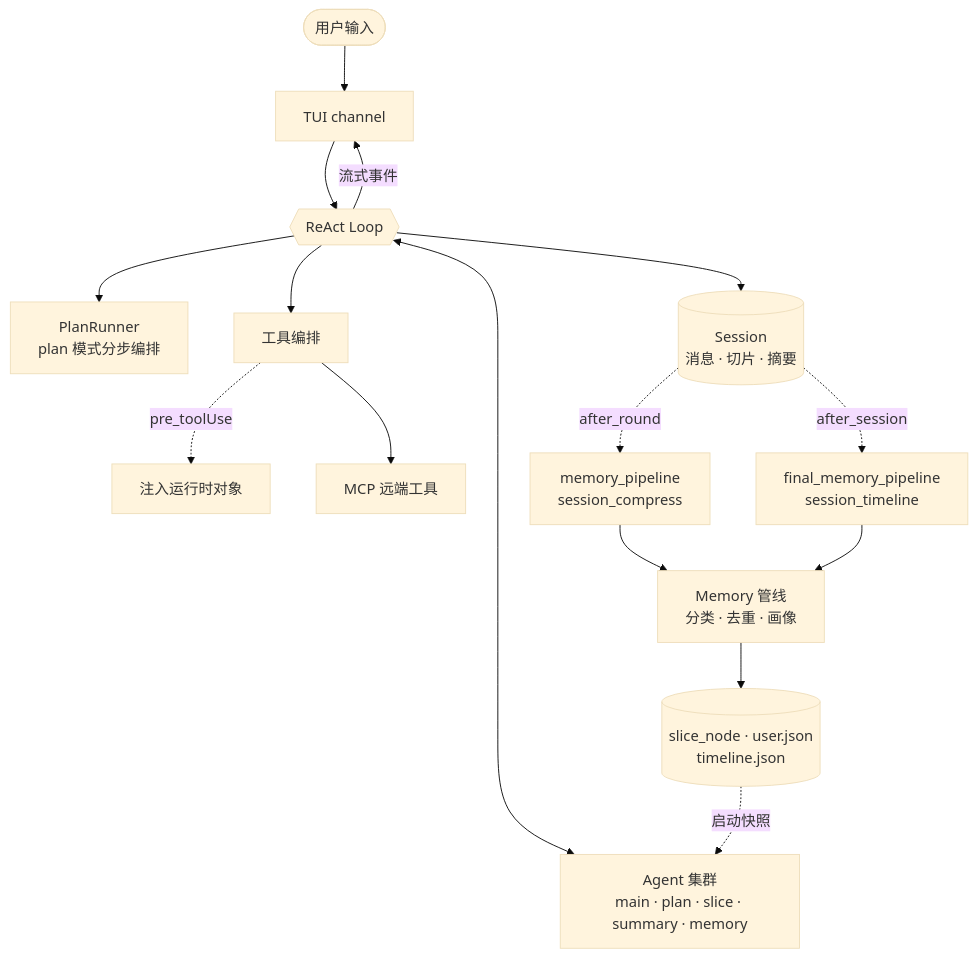
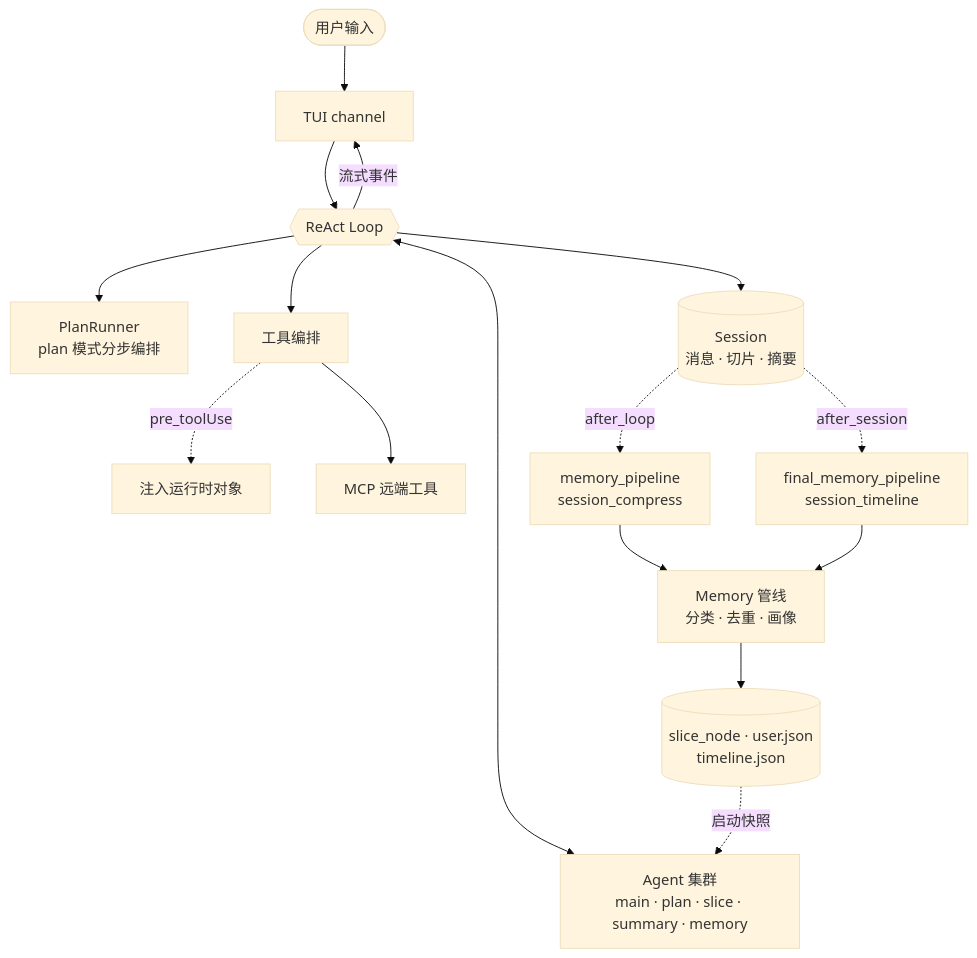
The first of 2 diagrams in README.md (Alear030/Alear030), drawn with Mermaid (base theme) before and after one commit. The commit also changed 28 other files, not shown here.

````diff
--- a/README.md
+++ b/README.md
@@ -96,18 +96,18 @@
 ```mermaid
 flowchart TB
     U([用户输入]) --> TUI[TUI channel]
     TUI --> LOOP{{ReAct Loop}}
     LOOP <--> AG[Agent 集群<br/>main · plan · slice · summary · memory]
     LOOP --> PR[PlanRunner<br/>plan 模式分步编排]
     LOOP --> TL[工具编排]
     TL -. pre_toolUse .-> INJ[注入运行时对象]
     TL --> MCP[MCP 远端工具]
     LOOP --> SE[(Session<br/>消息 · 切片 · 摘要)]
-    SE -. after_round .-> H1[memory_pipeline<br/>session_compress]
+    SE -. after_loop .-> H1[memory_pipeline<br/>session_compress]
     SE -. after_session .-> H2[final_memory_pipeline<br/>session_timeline]
     H1 --> MEM[Memory 管线<br/>分类 · 去重 · 画像]
     H2 --> MEM
     MEM --> ST[(slice_node · user.json<br/>timeline.json)]
     ST -. 启动快照 .-> AG
     LOOP -->|流式事件| TUI
 ```
````
